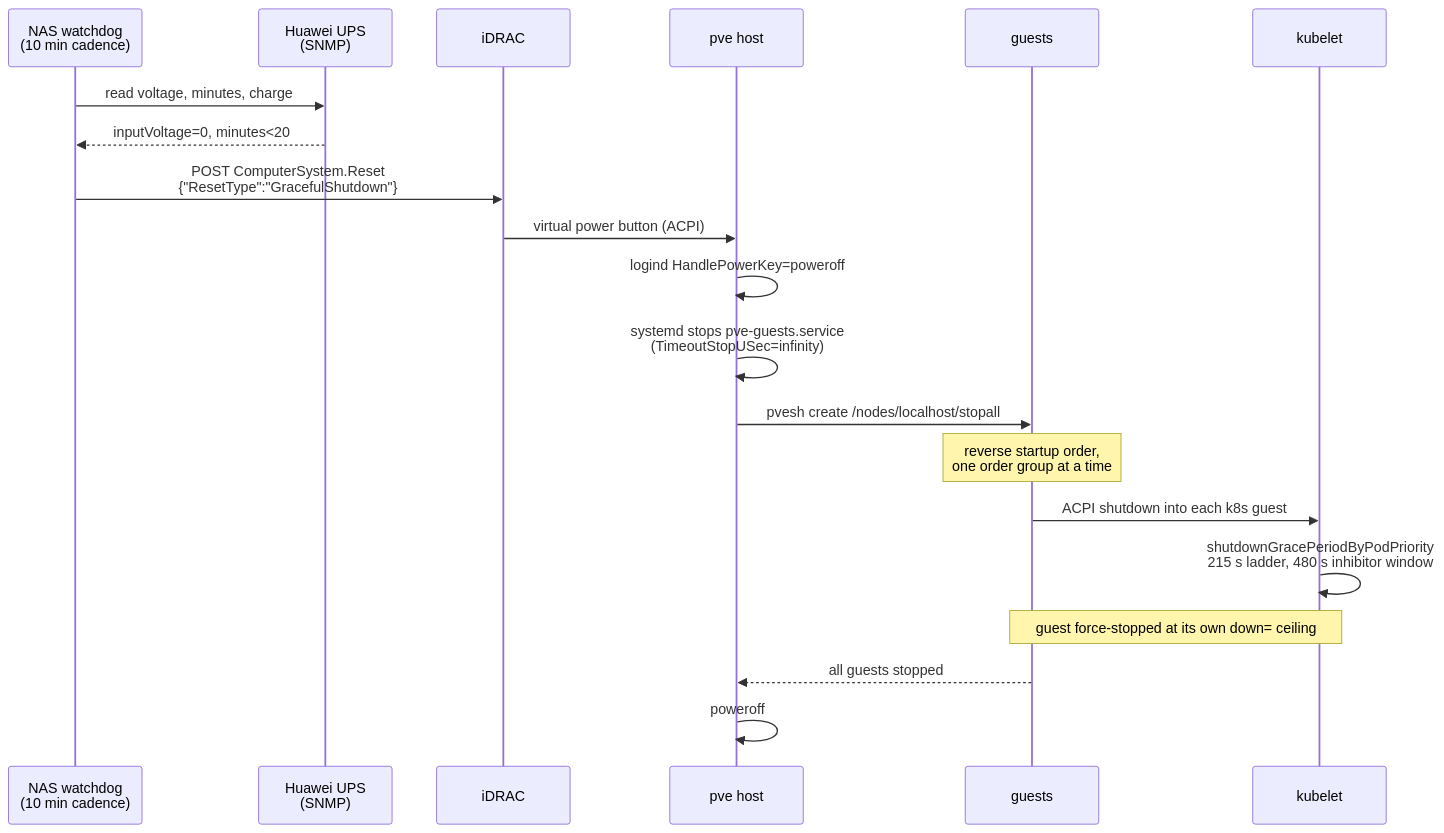
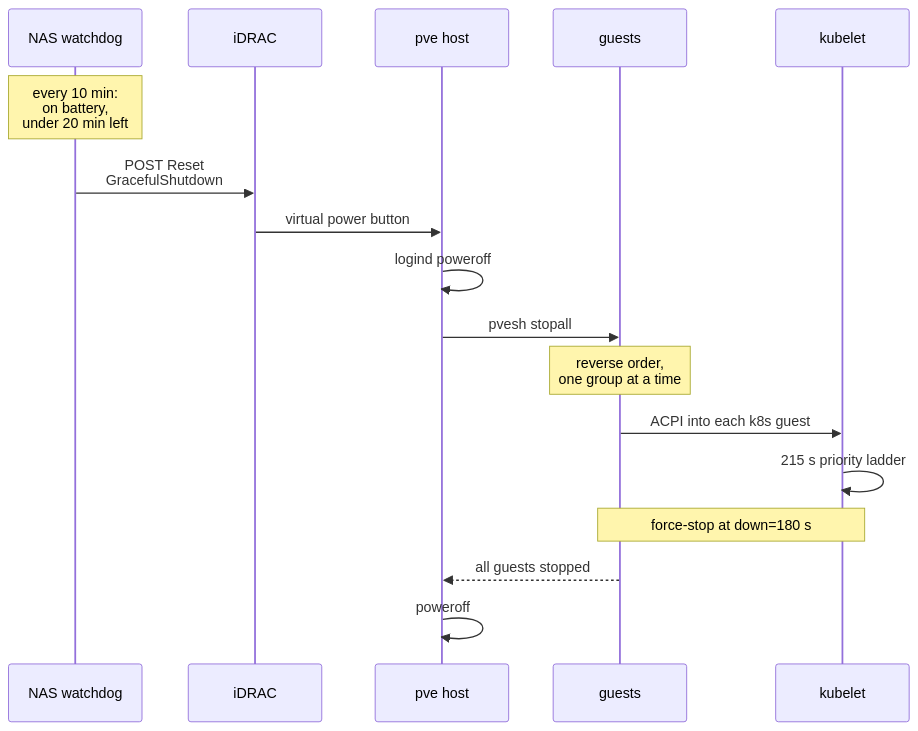
The second of 2 diagrams in docs/plans/2026-07-18-graceful-shutdown-on-power-loss.md (ViktorBarzin/infra), drawn with Mermaid before and after one commit. The commit also changed other lines of this file, not shown here.

Commit message:
docs: make the two power-loss diagrams fit the page column
Rendered the published page and looked at it. The wiring diagram was laid out
left to right and ran 1410px wide inside a 925px column, so half of it sat
outside the visible area and the reader had to scroll sideways to find PSU1.
Turned it top-down, which brings it to exactly 925px. The sequence diagram
came down from 1844px to 1199px by shortening the participant names and the
notes; it still scrolls a little, which is normal for a sequence diagram and
costs nothing to read.

````diff
--- a/docs/plans/2026-07-18-graceful-shutdown-on-power-loss.md
+++ b/docs/plans/2026-07-18-graceful-shutdown-on-power-loss.md
@@ -212,23 +211,20 @@
 ```mermaid
 sequenceDiagram
-    participant NAS as NAS watchdog<br/>(10 min cadence)
-    participant UPS as Huawei UPS<br/>(SNMP)
-    participant IDRAC as iDRAC
+    participant NAS as NAS watchdog
+    participant BMC as iDRAC
     participant PVE as pve host
     participant G as guests
     participant K as kubelet
 
-    NAS->>UPS: read voltage, minutes, charge
-    UPS-->>NAS: inputVoltage=0, minutes<20
-    NAS->>IDRAC: POST ComputerSystem.Reset<br/>{"ResetType":"GracefulShutdown"}
-    IDRAC->>PVE: virtual power button (ACPI)
-    PVE->>PVE: logind HandlePowerKey=poweroff
-    PVE->>PVE: systemd stops pve-guests.service<br/>(TimeoutStopUSec=infinity)
-    PVE->>G: pvesh create /nodes/localhost/stopall
-    Note over G: reverse startup order,<br/>one order group at a time
-    G->>K: ACPI shutdown into each k8s guest
-    K->>K: shutdownGracePeriodByPodPriority<br/>215 s ladder, 480 s inhibitor window
-    Note over G,K: guest force-stopped at its own down= ceiling
+    Note over NAS: every 10 min:<br/>on battery,<br/>under 20 min left
+    NAS->>BMC: POST Reset<br/>GracefulShutdown
+    BMC->>PVE: virtual power button
+    PVE->>PVE: logind poweroff
+    PVE->>G: pvesh stopall
+    Note over G: reverse order,<br/>one group at a time
+    G->>K: ACPI into each k8s guest
+    K->>K: 215 s priority ladder
+    Note over G,K: force-stop at down=180 s
     G-->>PVE: all guests stopped
     PVE->>PVE: poweroff
 ```
````
